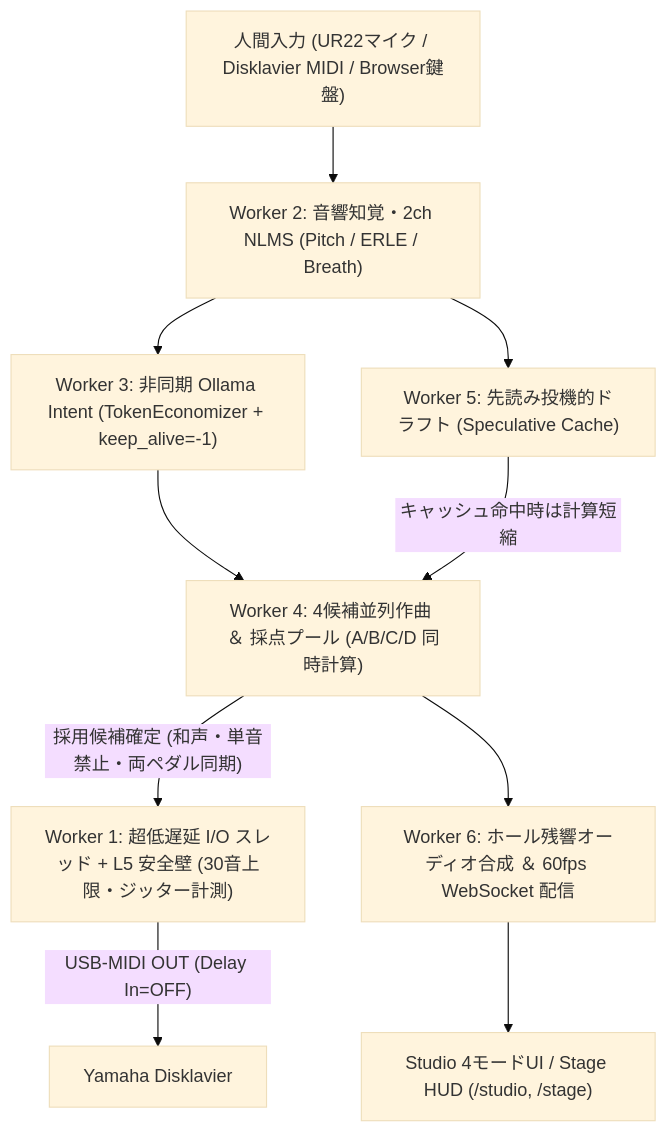
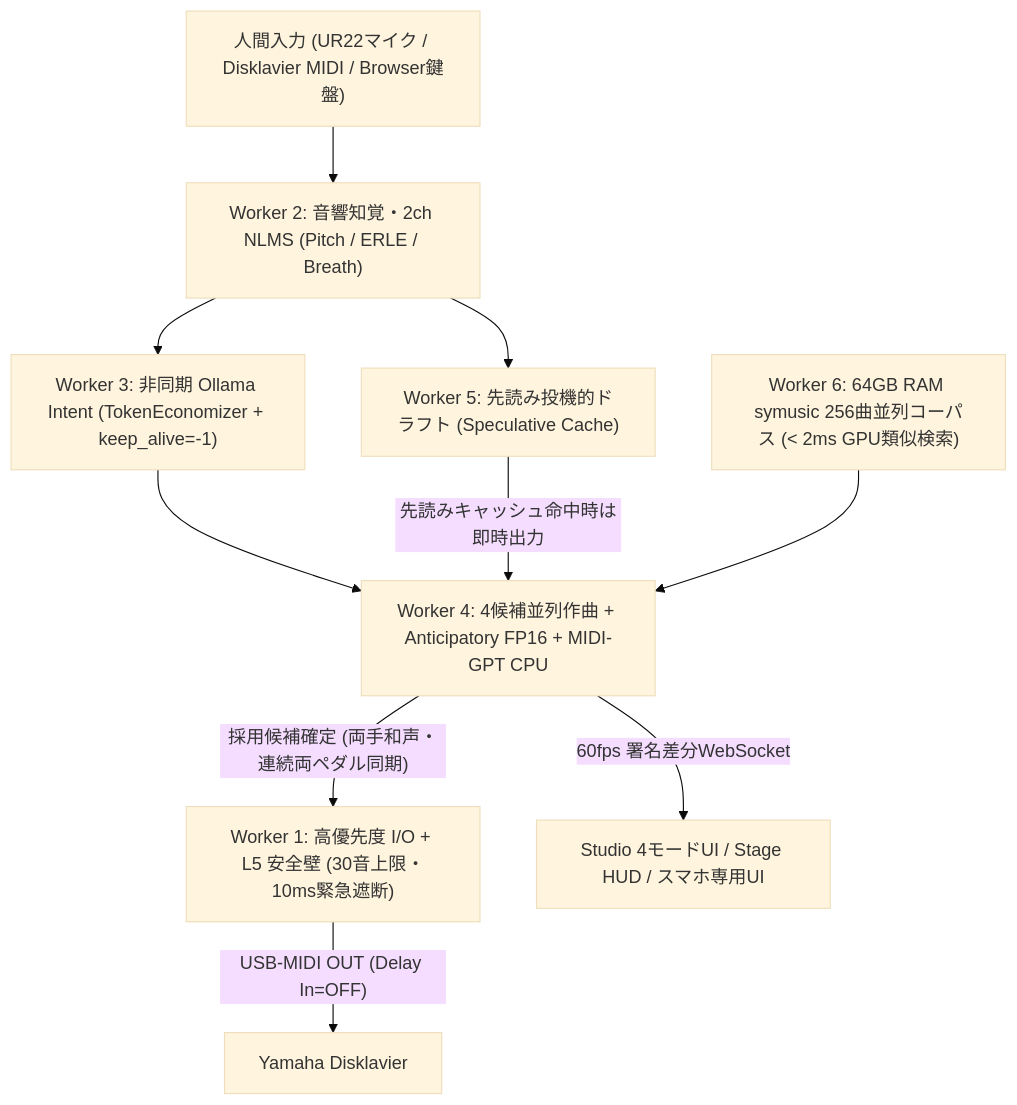
Before and after one commit to AI-Avalon/Disklavier-Auto: the first of 4 diagrams in README.md, drawn with Mermaid (base theme). The commit also changed other lines of this file and 66 other files, not shown here.

Commit message:
feat: integrate NotaGen-Small/Anticipatory/MIDI-GPT engines, RTX 3070 dual-VRAM profiles, 5-rule editorial UI and smartphone UI

````diff
--- a/README.md
+++ b/README.md
@@ -46,12 +68,12 @@
 ```mermaid
 flowchart TB
     In["人間入力 (UR22マイク / Disklavier MIDI / Browser鍵盤)"] --> W2["Worker 2: 音響知覚・2ch NLMS (Pitch / ERLE / Breath)"]
     W2 --> W3["Worker 3: 非同期 Ollama Intent (TokenEconomizer + keep_alive=-1)"]
     W2 --> W5["Worker 5: 先読み投機的ドラフト (Speculative Cache)"]
-    W3 --> W4["Worker 4: 4候補並列作曲 ＆ 採点プール (A/B/C/D 同時計算)"]
-    W5 -->|"キャッシュ命中時は計算短縮"| W4
-    W4 -->|"採用候補確定 (和声・単音禁止・両ペダル同期)"| W1["Worker 1: 超低遅延 I/O スレッド + L5 安全壁 (30音上限・ジッター計測)"]
-    W4 --> W6["Worker 6: ホール残響オーディオ合成 ＆ 60fps WebSocket 配信"]
+    W3 --> W4["Worker 4: 4候補並列作曲 + Anticipatory FP16 + MIDI-GPT CPU"]
+    W5 -->|"先読みキャッシュ命中時は即時出力"| W4
+    W6["Worker 6: 64GB RAM symusic 256曲並列コーパス (< 2ms GPU類似検索)"] --> W4
+    W4 -->|"採用候補確定 (両手和声・連続両ペダル同期)"| W1["Worker 1: 高優先度 I/O + L5 安全壁 (30音上限・10ms緊急遮断)"]
     W1 -->|"USB-MIDI OUT (Delay In=OFF)"| Piano["Yamaha Disklavier"]
-    W6 --> UI["Studio 4モードUI / Stage HUD (/studio, /stage)"]
+    W4 -->|"60fps 署名差分WebSocket"| UI["Studio 4モードUI / Stage HUD / スマホ専用UI"]
 ```
````
